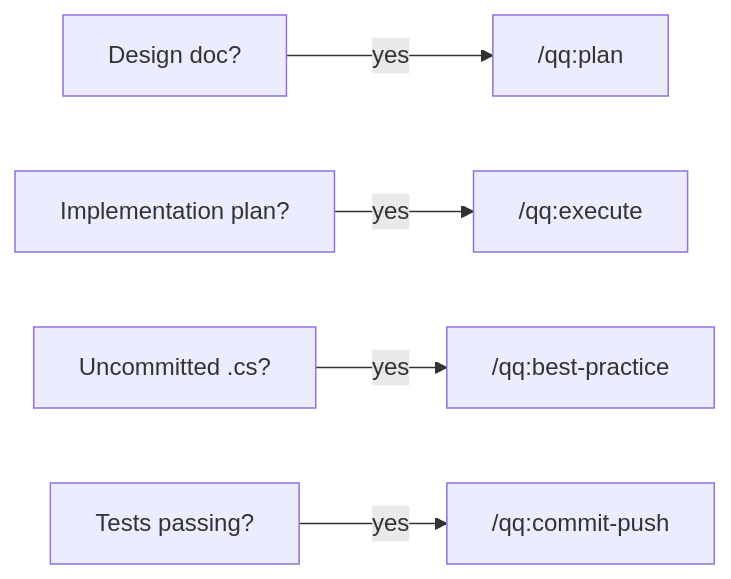
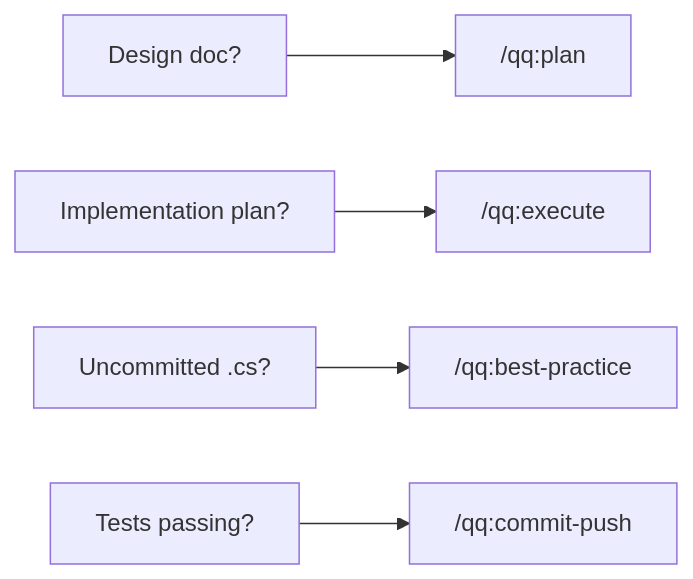
Before and after one commit to brandonle7116/quick-question: the second of 12 diagrams in README.md, drawn with Mermaid. The commit also changed other lines of this file and 6 other files, not shown here.

````diff
--- a/README.md
+++ b/README.md
@@ -107,7 +237,7 @@
 ```mermaid
 flowchart LR
-    A["Design doc?"] -->|yes| B["/qq:plan"]
-    C["Implementation plan?"] -->|yes| D["/qq:execute"]
-    E["Uncommitted .cs?"] -->|yes| F["/qq:best-practice"]
-    G["Tests passing?"] -->|yes| H["/qq:commit-push"]
+    A["Design doc?"] --> B["/qq:plan"]
+    C["Implementation plan?"] --> D["/qq:execute"]
+    E["Uncommitted .cs?"] --> F["/qq:best-practice"]
+    G["Tests passing?"] --> H["/qq:commit-push"]
 ```
````
